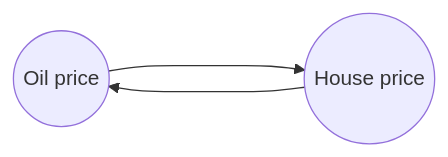
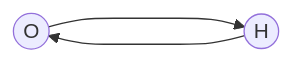
One commit to Vigelos/Causal-Inference changed the second of 10 diagrams in index.md. Above: the diagram before and after it, drawn with Mermaid. The commit also changed other lines of this file, not shown here.

````diff
--- a/index.md
+++ b/index.md
@@ -45,7 +48,7 @@
 ```mermaid
 graph LR;
-B((Oil price))
-C((House price))
+B((O))
+C((H))
 B---->C
 C---->B
 ```
````
